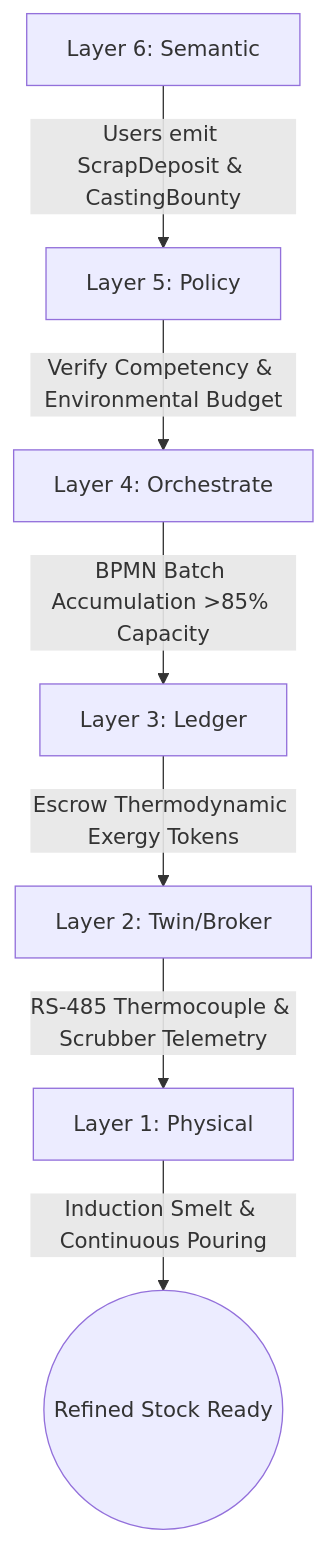
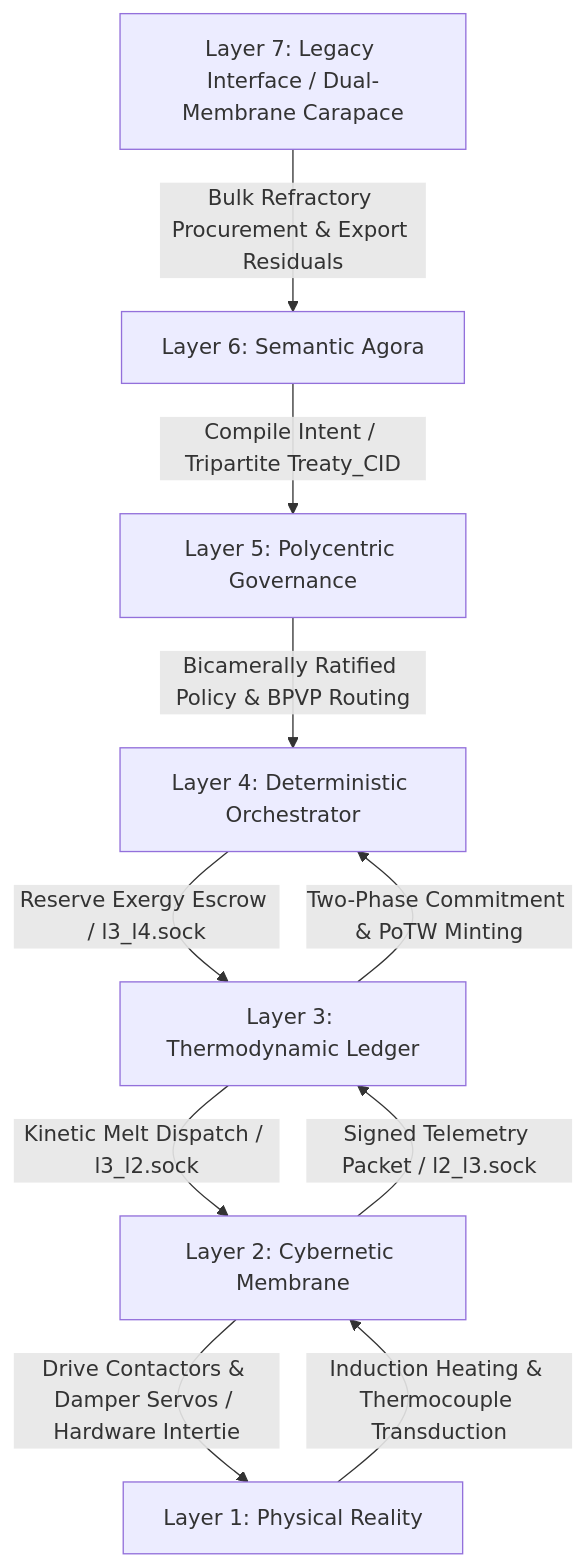
One commit to raffaine/collective changed the first of 4 diagrams in docs/scenarios/theta_foundry.md. Above: the diagram before and after it, drawn with Mermaid. The commit also changed other lines of this file and 23 other files, not shown here.

````diff
--- a/docs/scenarios/theta_foundry.md
+++ b/docs/scenarios/theta_foundry.md
@@ -39,9 +41,12 @@
 ```mermaid
 graph TD
-    L6[Layer 6: Semantic] -->|Users emit ScrapDeposit & CastingBounty| L5[Layer 5: Policy]
-    L5 -->|Verify Competency & Environmental Budget| L4[Layer 4: Orchestrate]
-    L4 -->|BPMN Batch Accumulation >85% Capacity| L3[Layer 3: Ledger]
-    L3 -->|Escrow Thermodynamic Exergy Tokens| L2[Layer 2: Twin/Broker]
-    L2 -->|RS-485 Thermocouple & Scrubber Telemetry| L1[Layer 1: Physical]
-    L1 -->|Induction Smelt & Continuous Pouring| End((Refined Stock Ready))
+    L7[Layer 7: Legacy Interface / Dual-Membrane Carapace] -->|Bulk Refractory Procurement & Export Residuals| L6[Layer 6: Semantic Agora]
+    L6 -->|Compile Intent / Tripartite Treaty_CID| L5[Layer 5: Polycentric Governance]
+    L5 -->|Bicamerally Ratified Policy & BPVP Routing| L4[Layer 4: Deterministic Orchestrator]
+    L4 -->|Reserve Exergy Escrow / l3_l4.sock| L3[Layer 3: Thermodynamic Ledger]
+    L3 -->|Kinetic Melt Dispatch / l3_l2.sock| L2[Layer 2: Cybernetic Membrane]
+    L2 -->|Drive Contactors & Damper Servos / Hardware Intertie| L1[Layer 1: Physical Reality]
+    L1 -->|Induction Heating & Thermocouple Transduction| L2
+    L2 -->|Signed Telemetry Packet / l2_l3.sock| L3
+    L3 -->|Two-Phase Commitment & PoTW Minting| L4
 ```
````
